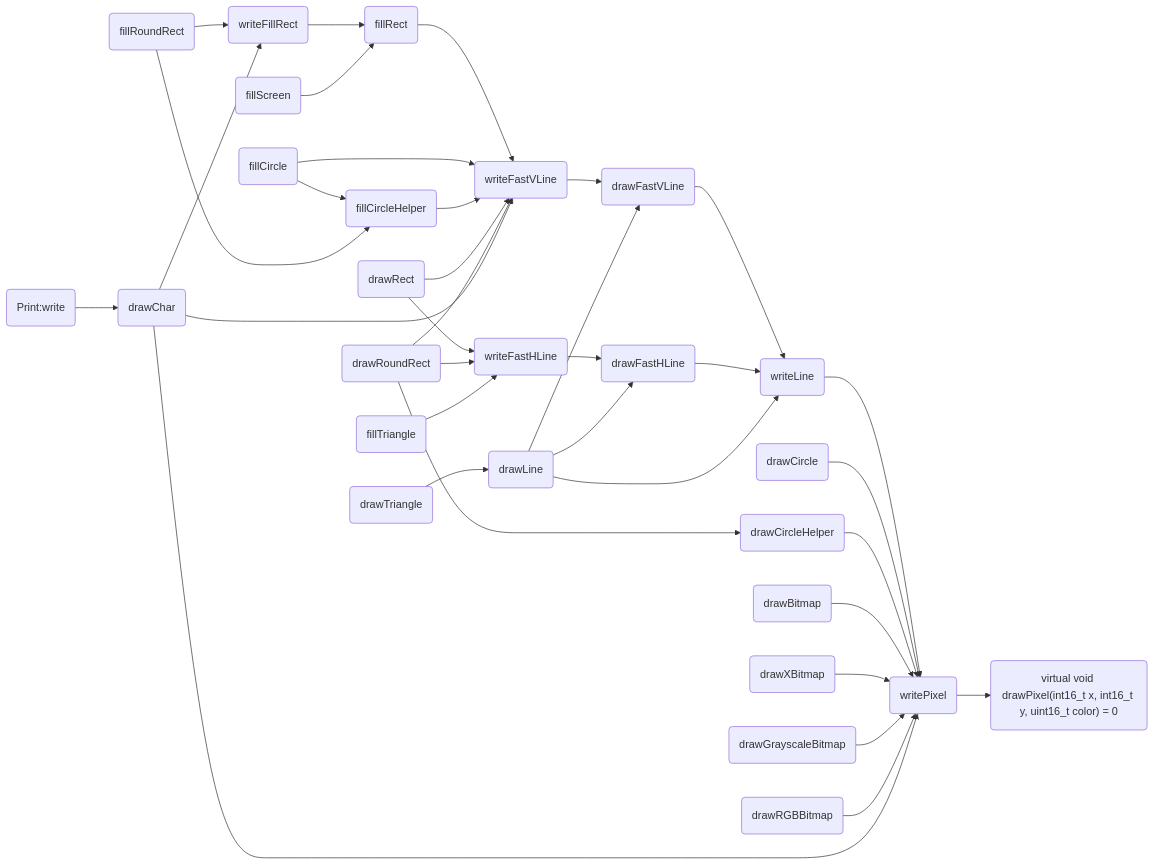
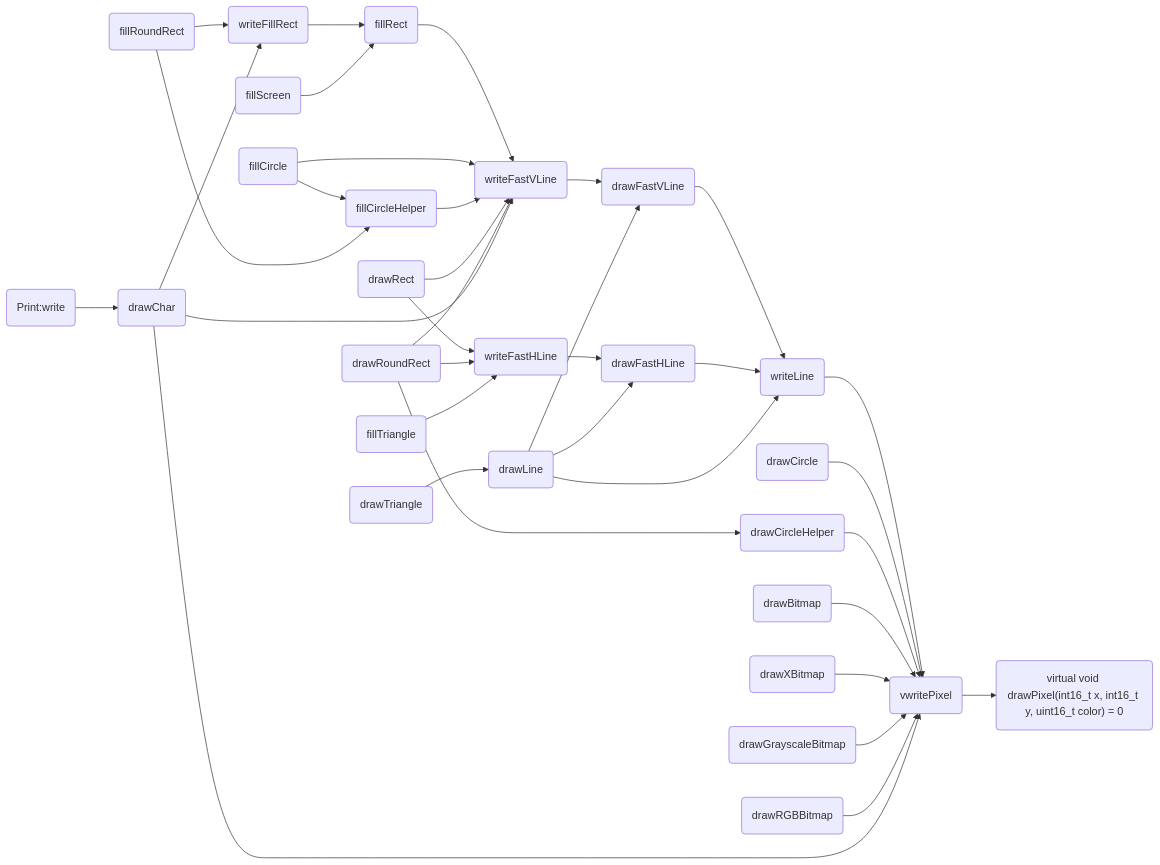
Before and after one commit to icodezhanglei/iodraw-files: the diagram in all/未命名.md, drawn with Mermaid.

Commit message:
2024-09-13 18:53:00 update

````diff
--- a/all/未命名.md
+++ b/all/未命名.md
@@ -1,59 +1,59 @@
 ```mermaid
 flowchart LR
 
 drawPixel("virtual void drawPixel(int16_t x, int16_t y, uint16_t color) = 0")
-writePixel(writePixel)
+writePixel(vwritePixel)
 writeFillRect(writeFillRect)
 writeFastVLine(writeFastVLine)
 writeFastHLine(writeFastHLine)
 writeLine(writeLine)
 drawFastVLine(drawFastVLine)
 drawFastHLine(drawFastHLine)
 fillRect(fillRect)
 fillScreen(fillScreen)
 drawLine(drawLine)
 drawRect(drawRect)
 drawCircle(drawCircle)
 drawCircleHelper(drawCircleHelper)
 fillCircle(fillCircle)
 fillCircleHelper(fillCircleHelper)
 drawTriangle(drawTriangle)
 fillTriangle(fillTriangle)
 drawRoundRect(drawRoundRect)
 fillRoundRect(fillRoundRect)
 drawBitmap(drawBitmap)
 drawXBitmap(drawXBitmap)
 drawGrayscaleBitmap(drawGrayscaleBitmap)
 drawRGBBitmap(drawRGBBitmap)
 drawChar(drawChar)
 write(Print:write)
 
 
 writeLine --> writePixel --> drawPixel
 
 writeFastVLine --> drawFastVLine
 drawFastVLine --> writeLine
 
 writeFastHLine --> drawFastHLine
 drawFastHLine --> writeLine
 
 writeFillRect --> fillRect --> writeFastVLine
 
 fillScreen --> fillRect
 drawLine --> drawFastVLine & drawFastHLine &  writeLine
 drawCircle -->  writePixel
 drawCircleHelper --> writePixel
 fillCircle --> writeFastVLine & fillCircleHelper
 fillCircleHelper --> writeFastVLine
 drawRect --> writeFastHLine & writeFastVLine
 drawRoundRect --> writeFastHLine & writeFastVLine & drawCircleHelper
 fillRoundRect -->  writeFillRect & fillCircleHelper
 drawTriangle --> drawLine
 fillTriangle --> writeFastHLine
 drawBitmap -->  writePixel
 drawXBitmap -->  writePixel
 drawGrayscaleBitmap -->  writePixel
 drawRGBBitmap --> writePixel
 drawChar --> writePixel & writeFillRect & writeFastVLine
 write --> drawChar
 ```
````
